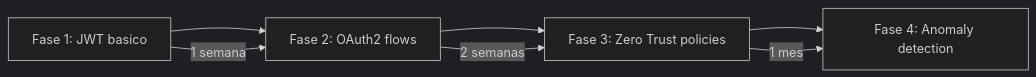
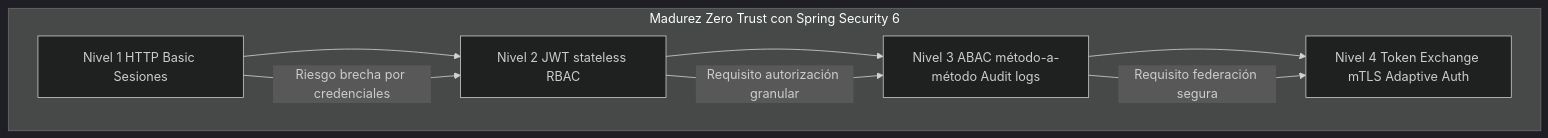
One commit to Joaquinriosheredia/DAM-Java-Mastery changed the third of 3 diagrams in 06_Seguridad/jwt_oauth2_y_zero_trust_security_con_java_21_STAFF.md. Above: the diagram before and after it, drawn with Mermaid (dark theme). The commit also changed other lines of this file, not shown here.

Commit message:
jwt_oauth2_y_zero_trust_security_con_java_21_STAFF.md

````diff
--- a/06_Seguridad/jwt_oauth2_y_zero_trust_security_con_java_21_STAFF.md
+++ b/06_Seguridad/jwt_oauth2_y_zero_trust_security_con_java_21_STAFF.md
@@ -661,9 +989,13 @@
 ```mermaid
-graph LR
-    A[Fase 1: JWT basico] --> B[Fase 2: OAuth2 flows]
-    B --> C[Fase 3: Zero Trust policies]
-    C --> D[Fase 4: Anomaly detection]
-    A -->|1 semana| B
-    B -->|2 semanas| C
-    C -->|1 mes| D
+graph TD
+    subgraph "Madurez Zero Trust con Spring Security 6"
+        L1[Nivel 1 HTTP Basic Sesiones] --> L2
+        L2[Nivel 2 JWT stateless RBAC] --> L3
+        L3[Nivel 3 ABAC método-a-método Audit logs] --> L4
+        L4[Nivel 4 Token Exchange mTLS Adaptive Auth]
+    end
+    
+    L1 -->|Riesgo brecha por credenciales| L2
+    L2 -->|Requisito autorización granular| L3
+    L3 -->|Requisito federación segura| L4
 ```
````
